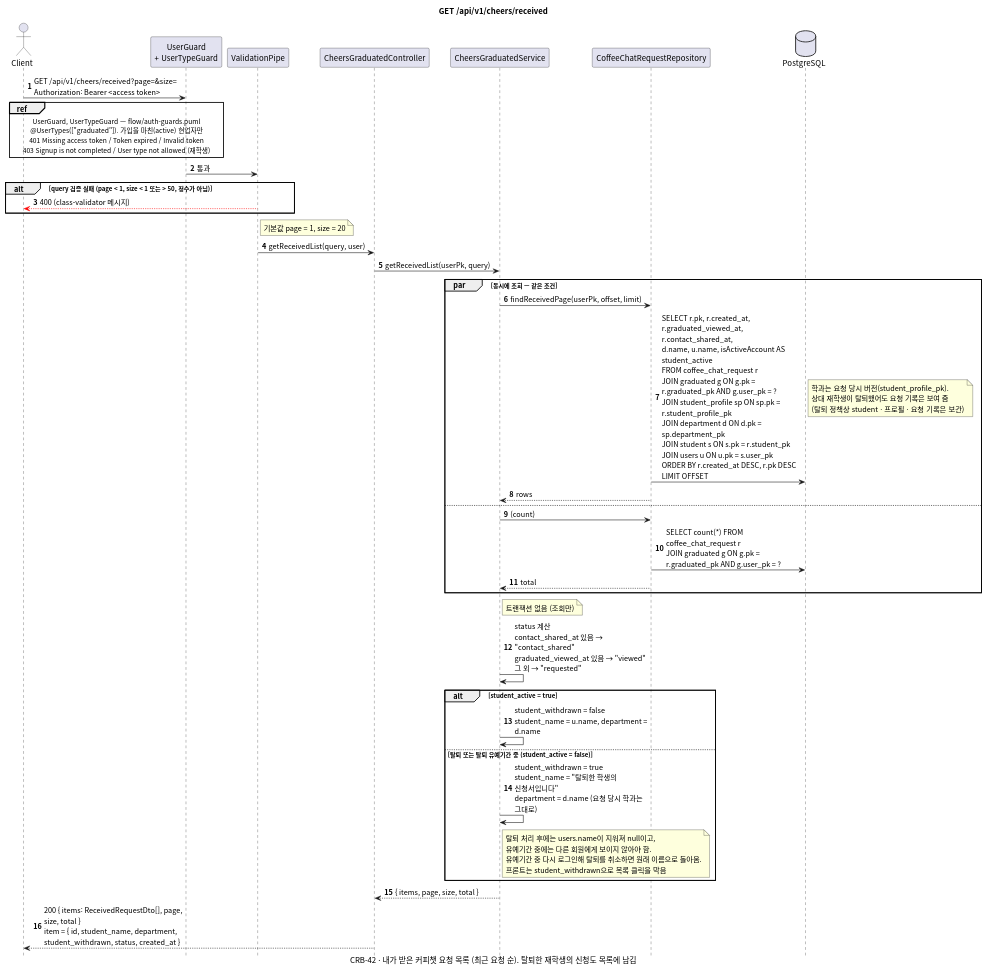
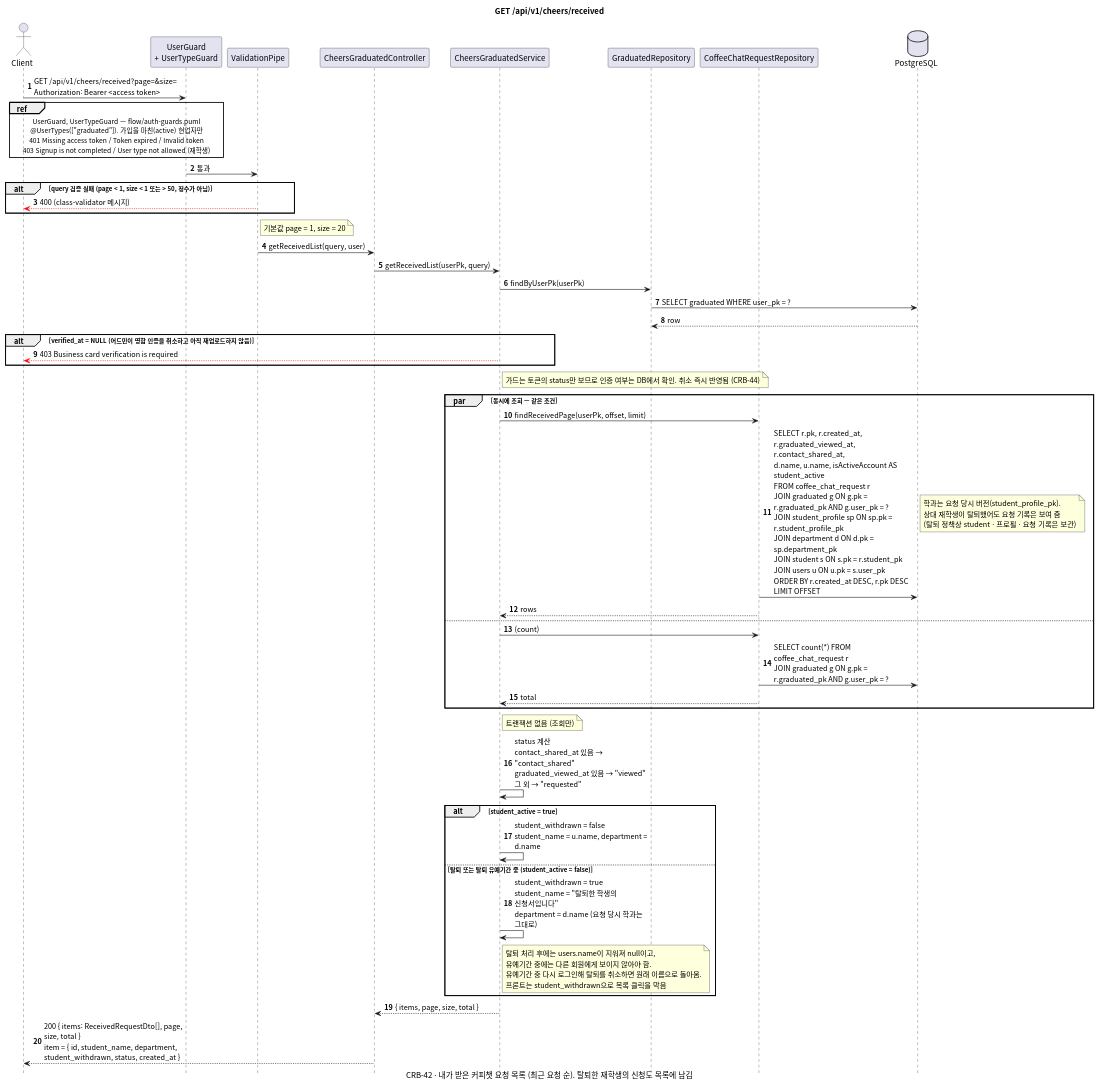
One commit to gsainfoteam/cheers-be changed the diagram in docs/sequence/cheers/get-cheers-received.puml. Above: the diagram before and after it, drawn with PlantUML. The commit also changed 11 other files, not shown here.

Commit message:
- docs: add business card sequence diagrams (CRB-44)

```diff
--- a/docs/sequence/cheers/get-cheers-received.puml
+++ b/docs/sequence/cheers/get-cheers-received.puml
@@ -1,68 +1,77 @@
 @startuml get-cheers-received
 skinparam defaultFontName "Apple SD Gothic Neo", "Noto Sans CJK KR", sans-serif
 skinparam responseMessageBelowArrow true
 skinparam sequenceMessageAlign left
 skinparam maxMessageSize 260
 skinparam BoxPadding 8
 skinparam shadowing false
 autonumber
 hide footbox
 
 title GET /api/v1/cheers/received
 caption CRB-42 · 내가 받은 커피챗 요청 목록 (최근 요청 순). 탈퇴한 재학생의 신청도 목록에 남김
 
 actor Client
 participant "UserGuard\n+ UserTypeGuard" as Guard
 participant "ValidationPipe" as Pipe
 participant "CheersGraduatedController" as Controller
 participant "CheersGraduatedService" as Service
+participant "GraduatedRepository" as GraduatedRepository
 participant "CoffeeChatRequestRepository" as CoffeeChatRequestRepository
 database PostgreSQL
 
 Client -> Guard: GET /api/v1/cheers/received?page=&size=\nAuthorization: Bearer <access token>
 ref over Client, Guard
   UserGuard, UserTypeGuard — flow/auth-guards.puml
   @UserTypes(["graduated"]). 가입을 마친(active) 현업자만
   401 Missing access token / Token expired / Invalid token
   403 Signup is not completed / User type not allowed (재학생)
 end ref
 Guard -> Pipe: 통과
 alt query 검증 실패 (page < 1, size < 1 또는 > 50, 정수가 아님)
   Pipe -[#red]-> Client: 400 (class-validator 메시지)
 end
 note right of Pipe: 기본값 page = 1, size = 20
 Pipe -> Controller: getReceivedList(query, user)
 Controller -> Service: getReceivedList(userPk, query)
+
+Service -> GraduatedRepository: findByUserPk(userPk)
+GraduatedRepository -> PostgreSQL: SELECT graduated WHERE user_pk = ?
+PostgreSQL --> GraduatedRepository: row
+alt verified_at = NULL (어드민이 명함 인증을 취소하고 아직 재업로드하지 않음)
+  Service -[#red]-> Client: 403 Business card verification is required
+end
+note right of Service: 가드는 토큰의 status만 보므로 인증 여부는 DB에서 확인. 취소 즉시 반영됨 (CRB-44)
 
 par 동시에 조회 — 같은 조건
   Service -> CoffeeChatRequestRepository: findReceivedPage(userPk, offset, limit)
   CoffeeChatRequestRepository -> PostgreSQL: SELECT r.pk, r.created_at, r.graduated_viewed_at, r.contact_shared_at,\nd.name, u.name, isActiveAccount AS student_active\nFROM coffee_chat_request r\nJOIN graduated g ON g.pk = r.graduated_pk AND g.user_pk = ?\nJOIN student_profile sp ON sp.pk = r.student_profile_pk\nJOIN department d ON d.pk = sp.department_pk\nJOIN student s ON s.pk = r.student_pk\nJOIN users u ON u.pk = s.user_pk\nORDER BY r.created_at DESC, r.pk DESC LIMIT OFFSET
   note right
     학과는 요청 당시 버전(student_profile_pk).
     상대 재학생이 탈퇴했어도 요청 기록은 보여 줌
     (탈퇴 정책상 student · 프로필 · 요청 기록은 보관)
   end note
   CoffeeChatRequestRepository --> Service: rows
 else
   Service -> CoffeeChatRequestRepository: (count)
   CoffeeChatRequestRepository -> PostgreSQL: SELECT count(*) FROM coffee_chat_request r\nJOIN graduated g ON g.pk = r.graduated_pk AND g.user_pk = ?
   CoffeeChatRequestRepository --> Service: total
 end
 note right of Service: 트랜잭션 없음 (조회만)
 
 Service -> Service: status 계산\ncontact_shared_at 있음 → "contact_shared"\ngraduated_viewed_at 있음 → "viewed"\n그 외 → "requested"
 alt student_active = true
   Service -> Service: student_withdrawn = false\nstudent_name = u.name, department = d.name
 else 탈퇴 또는 탈퇴 유예기간 중 (student_active = false)
   Service -> Service: student_withdrawn = true\nstudent_name = "탈퇴한 학생의 신청서입니다"\ndepartment = d.name (요청 당시 학과는 그대로)
   note right of Service
     탈퇴 처리 후에는 users.name이 지워져 null이고,
     유예기간 중에는 다른 회원에게 보이지 않아야 함.
     유예기간 중 다시 로그인해 탈퇴를 취소하면 원래 이름으로 돌아옴.
     프론트는 student_withdrawn으로 목록 클릭을 막음
   end note
 end
 Service --> Controller: { items, page, size, total }
 Controller --> Client: 200 { items: ReceivedRequestDto[], page, size, total }\nitem = { id, student_name, department, student_withdrawn, status, created_at }
 
 @enduml
```
